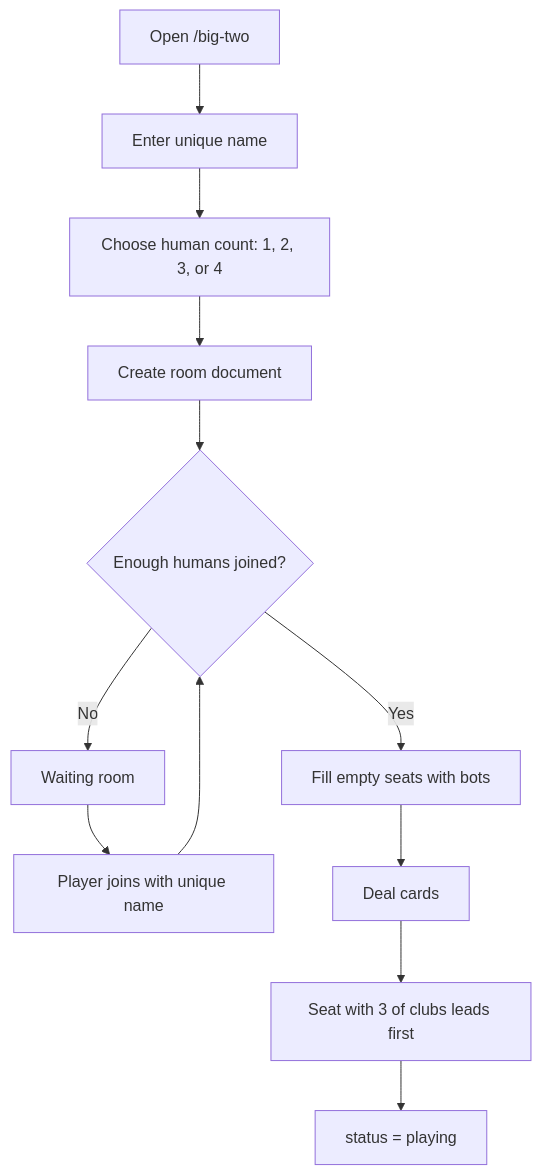
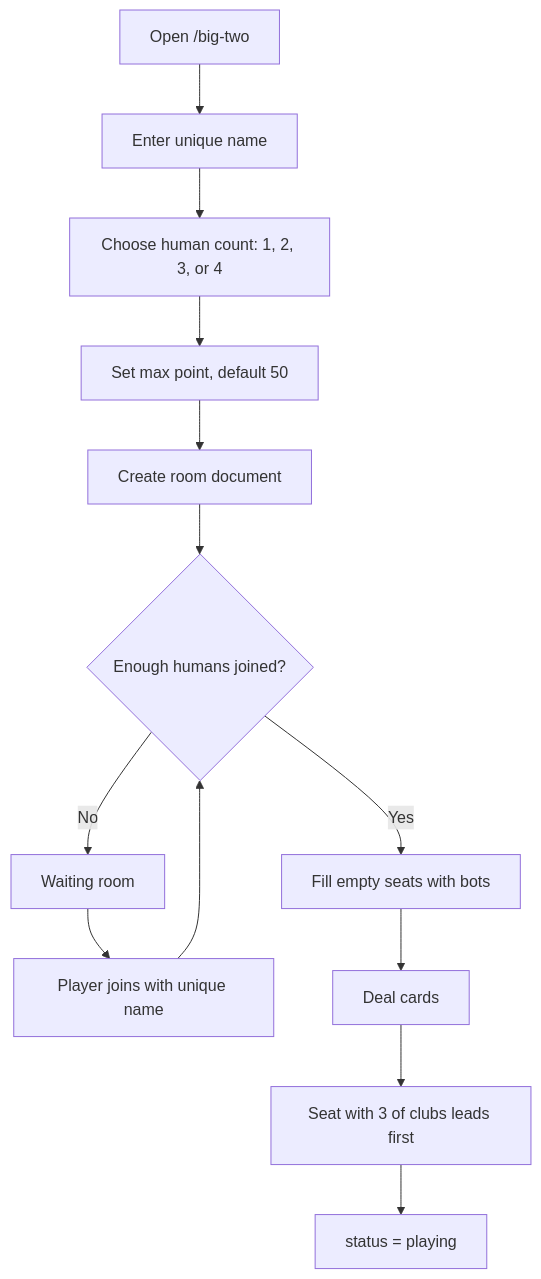
One commit to Sourav9063/watchtogether changed the first of 5 diagrams in src/app/big-two/README.md. Above: the diagram before and after it, drawn with Mermaid. The commit also changed other lines of this file and 5 other files, not shown here.

````diff
--- a/src/app/big-two/README.md
+++ b/src/app/big-two/README.md
@@ -58,14 +62,15 @@
 ```mermaid
 flowchart TD
   A[Open /big-two] --> B[Enter unique name]
   B --> C[Choose human count: 1, 2, 3, or 4]
-  C --> D[Create room document]
-  D --> E{Enough humans joined?}
-  E -- No --> F[Waiting room]
-  F --> G[Player joins with unique name]
-  G --> E
-  E -- Yes --> H[Fill empty seats with bots]
-  H --> I[Deal cards]
-  I --> J[Seat with 3 of clubs leads first]
-  J --> K[status = playing]
+  C --> D[Set max point, default 50]
+  D --> E[Create room document]
+  E --> F{Enough humans joined?}
+  F -- No --> G[Waiting room]
+  G --> H[Player joins with unique name]
+  H --> F
+  F -- Yes --> I[Fill empty seats with bots]
+  I --> J[Deal cards]
+  J --> K[Seat with 3 of clubs leads first]
+  K --> L[status = playing]
 ```
````
